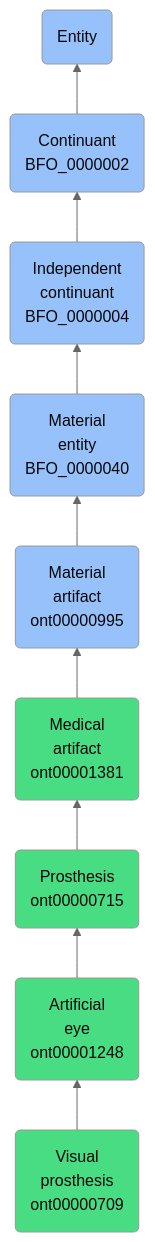
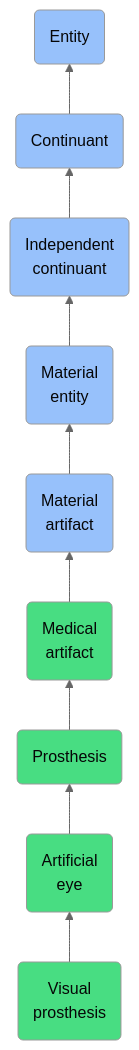
The diagram in docs/ontology/reference/model/Entity/Continuant/Independent continuant/Material entity/Material artifact/Medical artifact/Prosthesis/Artificial eye/Visual prosthesis/Visual prosthesis.md (jupyter-naas/abi), drawn with Mermaid (neutral theme) before and after one commit. The commit also changed other lines of this file and 1430 other files, not shown here.

````diff
--- a/docs/ontology/reference/model/Entity/Continuant/Independent continuant/Material entity/Material artifact/Medical artifact/Prosthesis/Artificial eye/Visual prosthesis/Visual prosthesis.md
+++ b/docs/ontology/reference/model/Entity/Continuant/Independent continuant/Material entity/Material artifact/Medical artifact/Prosthesis/Artificial eye/Visual prosthesis/Visual prosthesis.md
@@ -24,16 +24,16 @@
 ```mermaid
 graph BT
-    ont00000709(Visual<br>prosthesis<br>ont00000709):::ABI-->ont00001248
-    ont00001248(Artificial<br>eye<br>ont00001248):::ABI-->ont00000715
-    ont00000715(Prosthesis<br>ont00000715):::ABI-->ont00001381
-    ont00001381(Medical<br>artifact<br>ont00001381):::ABI-->ont00000995
-    ont00000995(Material<br>artifact<br>ont00000995):::BFO-->BFO_0000040
-    BFO_0000040(Material<br>entity<br>BFO_0000040):::BFO-->BFO_0000004
-    BFO_0000004(Independent<br>continuant<br>BFO_0000004):::BFO-->BFO_0000002
-    BFO_0000002(Continuant<br>BFO_0000002):::BFO-->BFO_0000001
+    ont00000709(Visual<br>prosthesis):::ABI-->ont00001248
+    ont00001248(Artificial<br>eye):::ABI-->ont00000715
+    ont00000715(Prosthesis):::ABI-->ont00001381
+    ont00001381(Medical<br>artifact):::ABI-->ont00000995
+    ont00000995(Material<br>artifact):::BFO-->BFO_0000040
+    BFO_0000040(Material<br>entity):::BFO-->BFO_0000004
+    BFO_0000004(Independent<br>continuant):::BFO-->BFO_0000002
+    BFO_0000002(Continuant):::BFO-->BFO_0000001
     BFO_0000001(Entity):::BFO
     
     classDef BFO fill:#97c1fb,color:#060606
     classDef CCO fill:#e4c51e,color:#060606
     classDef ABI fill:#48DD82,color:#060606
 ```
````
